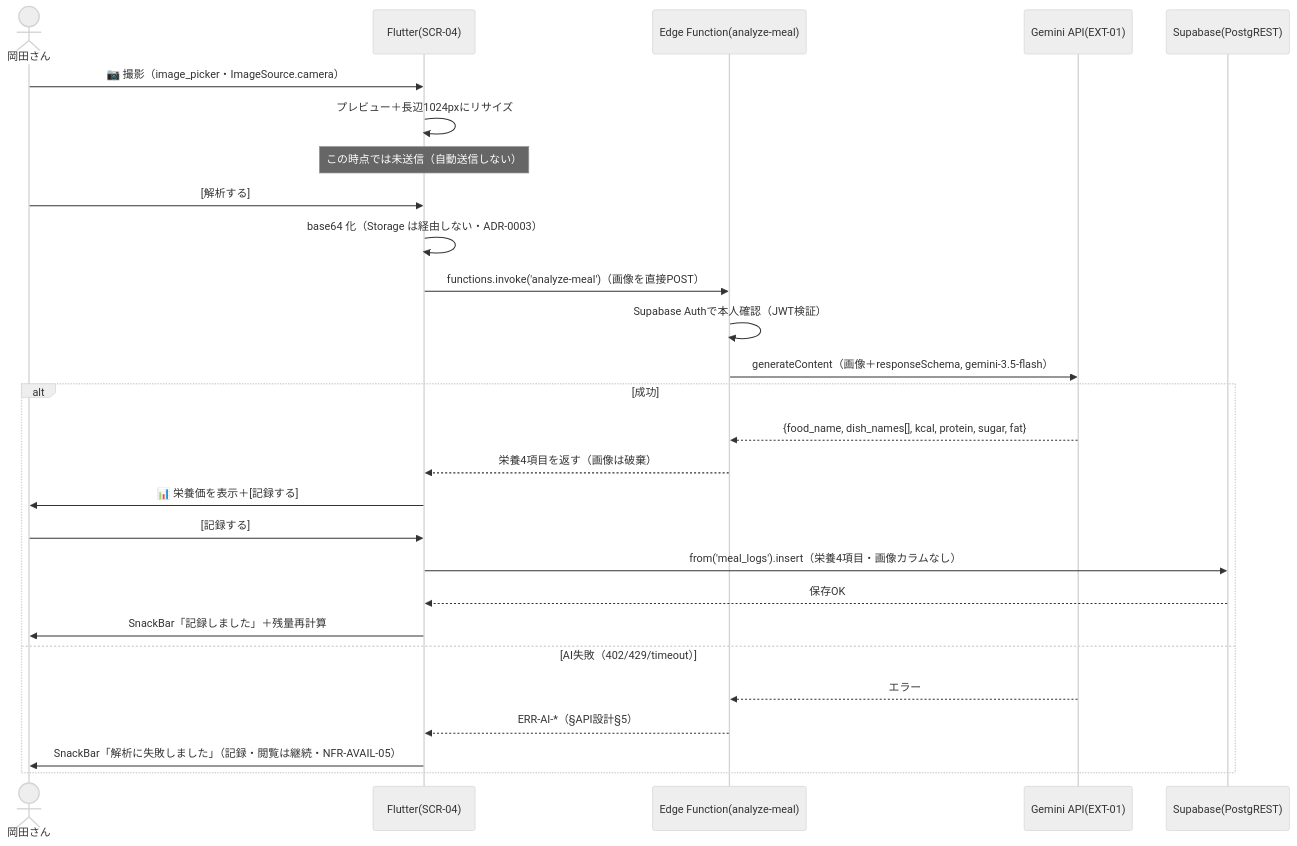
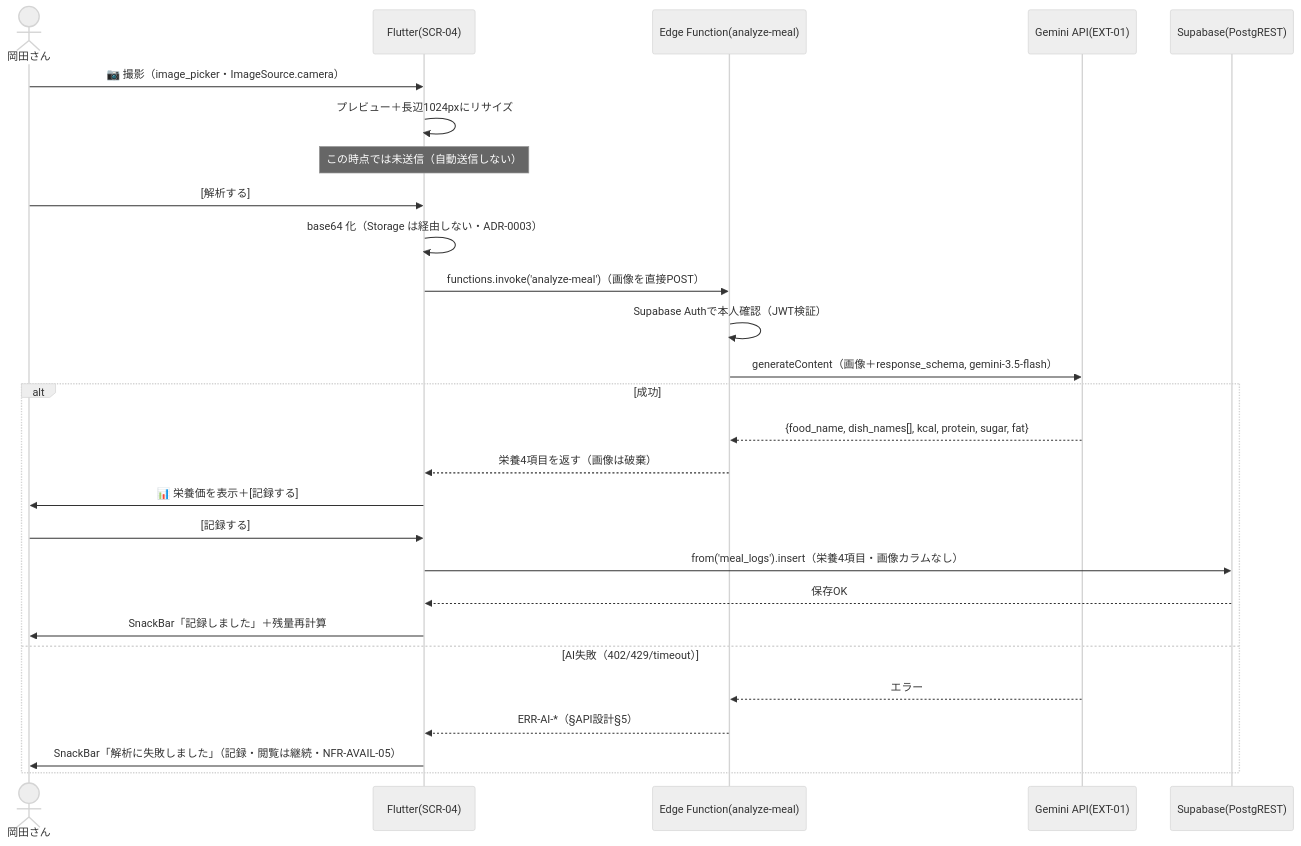
The first of 5 diagrams in docs/02_設計/40_機能設計/01_シーケンス設計.md (k-okada51/okada-fit), drawn with Mermaid (neutral theme) before and after one commit. The commit also changed other lines of this file and 21 other files, not shown here.

````diff
--- a/docs/02_設計/40_機能設計/01_シーケンス設計.md
+++ b/docs/02_設計/40_機能設計/01_シーケンス設計.md
@@ -23,30 +23,30 @@
 ```mermaid
 sequenceDiagram
   actor U as 岡田さん
   participant F as Flutter(SCR-04)
   participant E as Edge Function(analyze-meal)
   participant G as Gemini API(EXT-01)
   participant P as Supabase(PostgREST)
 
   U->>F: 📷 撮影（image_picker・ImageSource.camera）
   F->>F: プレビュー＋長辺1024pxにリサイズ
   Note over F: この時点では未送信（自動送信しない）
   U->>F: [解析する]
   F->>F: base64 化（Storage は経由しない・ADR-0003）
   F->>E: functions.invoke('analyze-meal')（画像を直接POST）
   E->>E: Supabase Authで本人確認（JWT検証）
-  E->>G: generateContent（画像＋responseSchema, gemini-3.5-flash）
+  E->>G: generateContent（画像＋response_schema, gemini-3.5-flash）
   alt 成功
     G-->>E: {food_name, dish_names[], kcal, protein, sugar, fat}
     E-->>F: 栄養4項目を返す（画像は破棄）
     F->>U: 📊 栄養価を表示＋[記録する]
     U->>F: [記録する]
     F->>P: from('meal_logs').insert（栄養4項目・画像カラムなし）
     P-->>F: 保存OK
     F->>U: SnackBar「記録しました」＋残量再計算
   else AI失敗（402/429/timeout）
     G-->>E: エラー
     E-->>F: ERR-AI-*（§API設計§5）
     F->>U: SnackBar「解析に失敗しました」（記録・閲覧は継続・NFR-AVAIL-05）
   end
 ```
````
